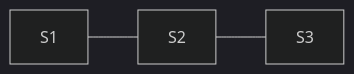
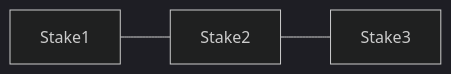
The second of 5 diagrams in rust/rbac-registration/examples.md (input-output-hk/catalyst-libs), drawn with Mermaid (dark theme) before and after one commit. The commit also changed other lines of this file, not shown here.

````diff
--- a/rust/rbac-registration/examples.md
+++ b/rust/rbac-registration/examples.md
@@ -34,4 +38,4 @@
 ```mermaid
 flowchart LR
-    Root[S1] --- R1[S2] --- R2[S3]
+    Root[Stake1] --- R1[Stake2] --- R2[Stake3]
 ```
````
